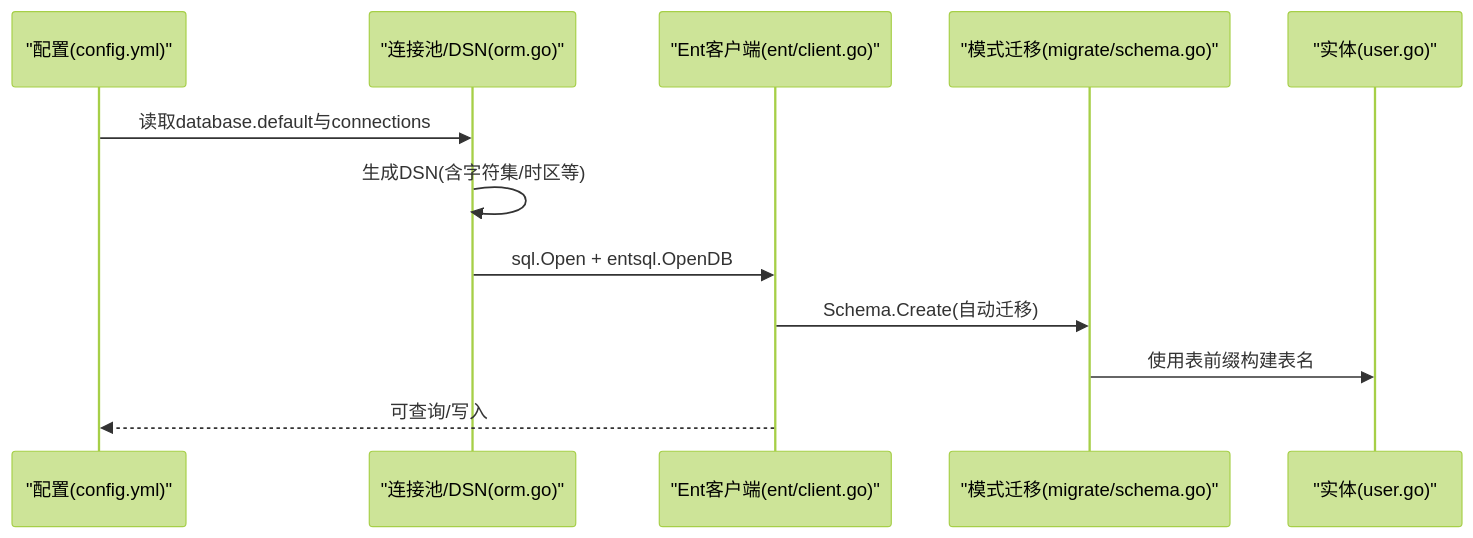
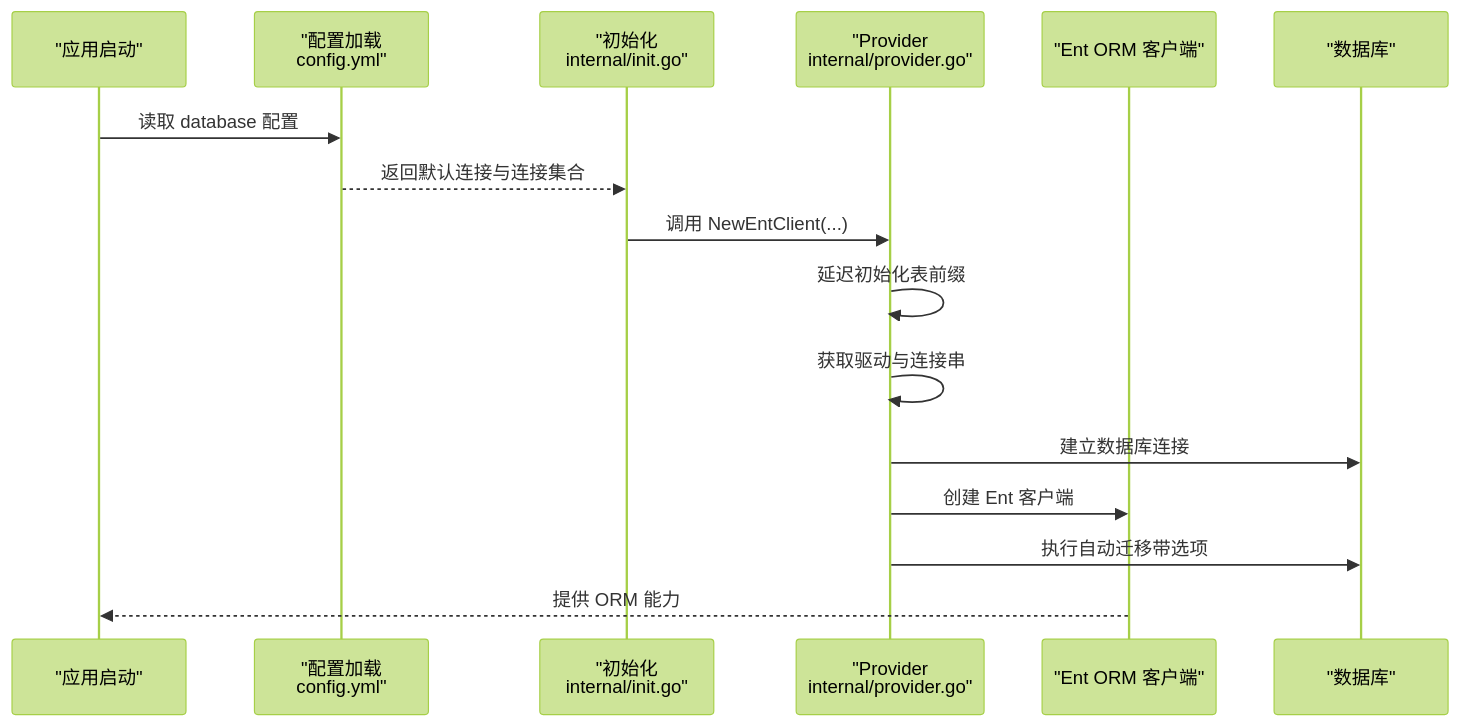
One commit to wuwuseo/e-sports-go-admin changed the second of 7 diagrams in .qoder/repowiki/zh/content/配置管理/数据库配置.md. Above: the diagram before and after it, drawn with Mermaid (forest theme). The commit also changed other lines of this file and 115 other files, not shown here.

````diff
--- a/.qoder/repowiki/zh/content/配置管理/数据库配置.md
+++ b/.qoder/repowiki/zh/content/配置管理/数据库配置.md
@@ -116,14 +77,18 @@
 ```mermaid
 sequenceDiagram
-participant C as "配置(config.yml)"
-participant O as "连接池/DSN(orm.go)"
-participant E as "Ent客户端(ent/client.go)"
-participant M as "模式迁移(migrate/schema.go)"
-participant U as "实体(user.go)"
-C->>O : 读取database.default与connections
-O->>O : 生成DSN(含字符集/时区等)
-O->>E : sql.Open + entsql.OpenDB
-E->>M : Schema.Create(自动迁移)
-M->>U : 使用表前缀构建表名
-E-->>C : 可查询/写入
+participant Boot as "应用启动"
+participant Cfg as "配置加载<br/>config.yml"
+participant Init as "初始化<br/>internal/init.go"
+participant Prov as "Provider<br/>internal/provider.go"
+participant ORM as "Ent ORM 客户端"
+participant DB as "数据库"
+Boot->>Cfg : 读取 database 配置
+Cfg-->>Init : 返回默认连接与连接集合
+Init->>Prov : 调用 NewEntClient(...)
+Prov->>Prov : 延迟初始化表前缀
+Prov->>Prov : 获取驱动与连接串
+Prov->>DB : 建立数据库连接
+Prov->>ORM : 创建 Ent 客户端
+Prov->>DB : 执行自动迁移带选项
+ORM-->>Boot : 提供 ORM 能力
 ```
````
